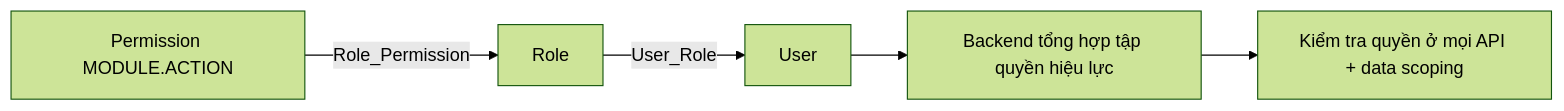
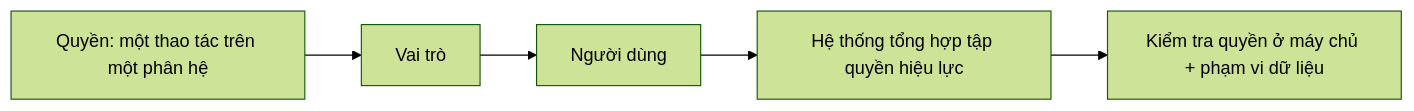
Before and after one commit to PTZero2026/rms-docs: the fourth of 5 diagrams in docs/features/B03-quan-ly-nguoi-dung/spec.md, drawn with Mermaid (forest theme). The commit also changed other lines of this file and 13 other files, not shown here.

Commit message:
Tách các file đã chỉnh sửa thành 2 commit riêng biệt: một commit cho phần "Quản lý người dùng" và một commit cho phần "Đề xuất đề tài". Điều này giúp làm rõ lịch sử commit và dễ dàng theo dõi các thay đổi liên quan đến từng tính năng cụ thể.

````diff
--- a/docs/features/B03-quan-ly-nguoi-dung/spec.md
+++ b/docs/features/B03-quan-ly-nguoi-dung/spec.md
@@ -99,7 +118,7 @@
 ```mermaid
 flowchart LR
-    Q[Permission MODULE.ACTION] -->|Role_Permission| V[Role]
-    V -->|User_Role| N[User]
-    N --> S[Backend tổng hợp tập quyền hiệu lực]
-    S --> P[Kiểm tra quyền ở mọi API + data scoping]
+    Q[Quyền: một thao tác trên một phân hệ] --> V[Vai trò]
+    V --> N[Người dùng]
+    N --> S[Hệ thống tổng hợp tập quyền hiệu lực]
+    S --> P[Kiểm tra quyền ở máy chủ + phạm vi dữ liệu]
 ```
````
